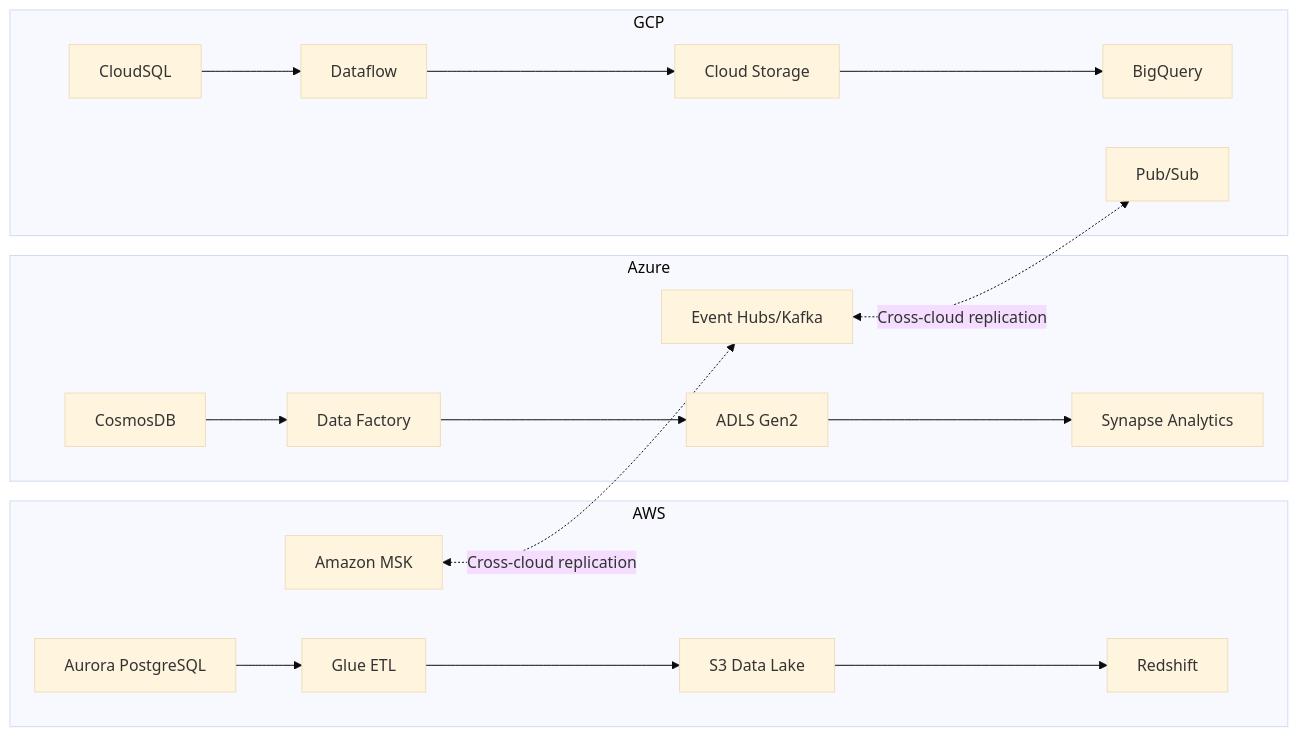
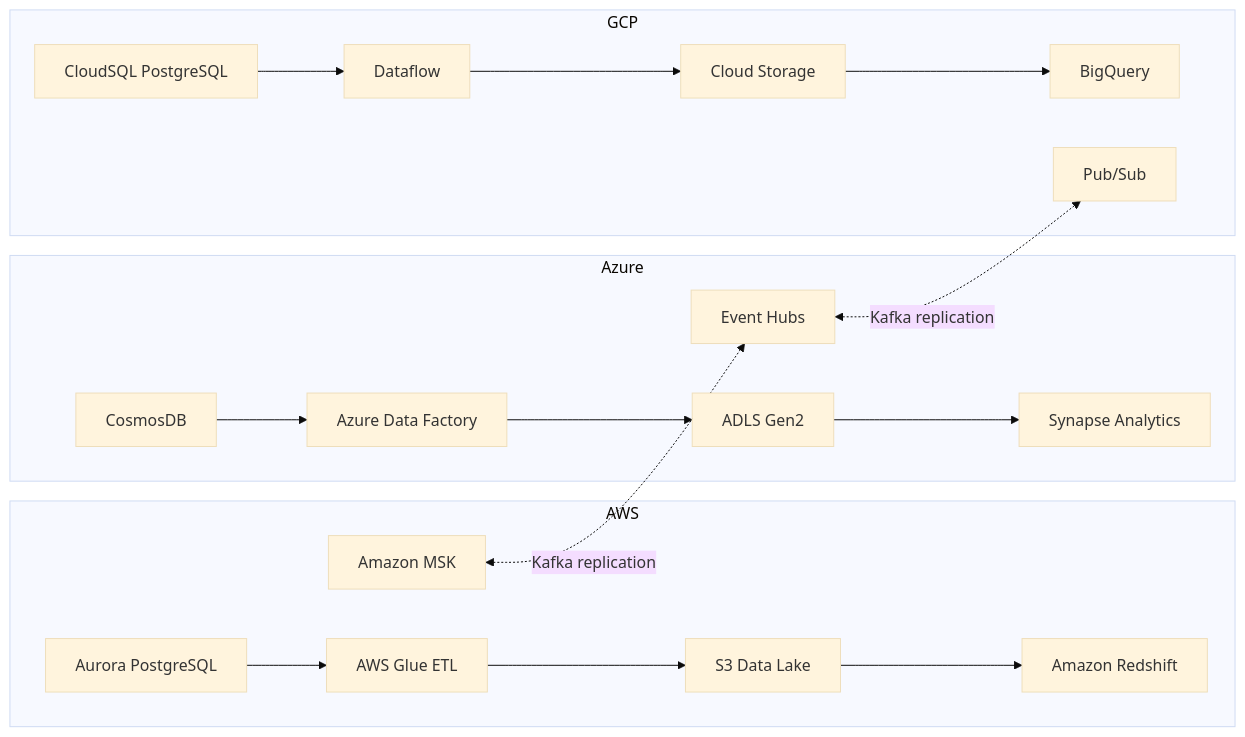
One commit to GiulioSavini/terraform-multi-cloud-data-platform changed the diagram in README.md. Above: the diagram before and after it, drawn with Mermaid (base theme). The commit also changed other lines of this file, not shown here.

````diff
--- a/README.md
+++ b/README.md
@@ -11,23 +14,26 @@
 ```mermaid
 graph LR
     subgraph AWS
-        Aurora[Aurora PostgreSQL] --> Glue[Glue ETL]
+        Aurora[Aurora PostgreSQL] --> Glue[AWS Glue ETL]
         Glue --> S3[S3 Data Lake]
-        S3 --> Redshift[Redshift]
+        S3 --> Redshift[Amazon Redshift]
         MSK[Amazon MSK]
     end
+
     subgraph Azure
-        Cosmos[CosmosDB] --> ADF[Data Factory]
+        Cosmos[CosmosDB] --> ADF[Azure Data Factory]
         ADF --> ADLS[ADLS Gen2]
         ADLS --> Synapse[Synapse Analytics]
-        EH[Event Hubs/Kafka]
+        EH[Event Hubs]
     end
+
     subgraph GCP
-        CloudSQL[CloudSQL] --> Dataflow[Dataflow]
+        CloudSQL[CloudSQL PostgreSQL] --> Dataflow[Dataflow]
         Dataflow --> GCS[Cloud Storage]
         GCS --> BQ[BigQuery]
         PubSub[Pub/Sub]
     end
-    MSK <-.->|Cross-cloud replication| EH
-    EH <-.->|Cross-cloud replication| PubSub
+
+    MSK <-.->|Kafka replication| EH
+    EH <-.->|Kafka replication| PubSub
 ```
````
